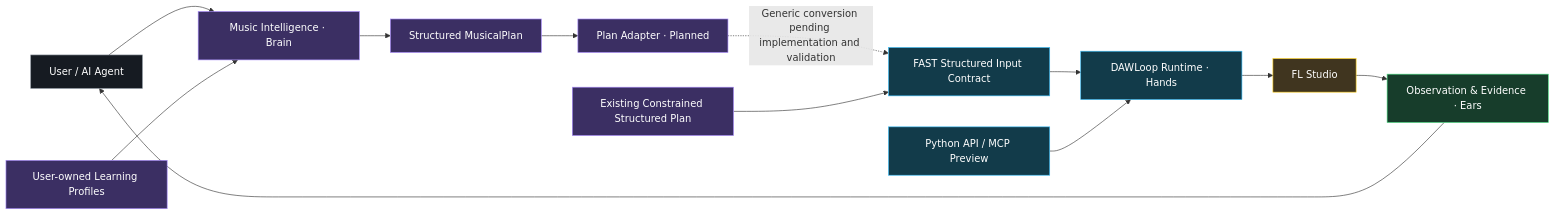
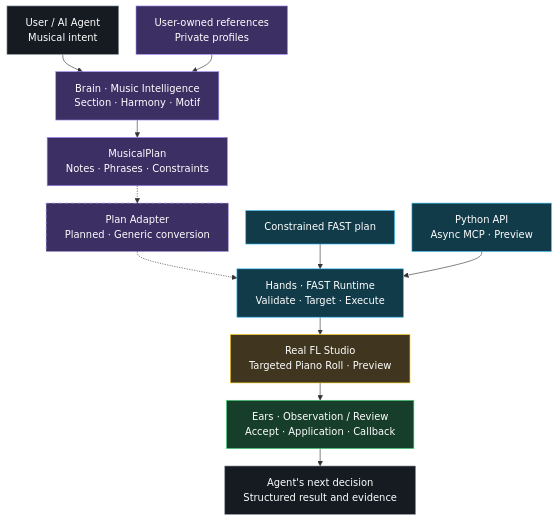
One commit to ryurikoneko/DAWLoop changed the diagram in README.en.md. Above: the diagram before and after it, drawn with Mermaid. The commit also changed other lines of this file and 3 other files, not shown here.

````diff
--- a/README.en.md
+++ b/README.en.md
@@ -15,24 +19,26 @@
 ```mermaid
-flowchart LR
-    A["User / AI Agent"] --> B["Music Intelligence · Brain"]
-    G["User-owned Learning Profiles"] --> B
-    B --> C["Structured MusicalPlan"]
-    C --> P["Plan Adapter · Planned"]
-    P -. "Generic conversion pending implementation and validation" .-> I["FAST Structured Input Contract"]
-    S["Existing Constrained Structured Plan"] --> I
-    I --> D["DAWLoop Runtime · Hands"]
-    H["Python API / MCP Preview"] --> D
-    D --> E["FL Studio"]
-    E --> F["Observation & Evidence · Ears"]
-    F --> A
+%%{init: {"markdownAutoWrap": false, "flowchart": {"nodeSpacing": 28, "rankSpacing": 28, "wrappingWidth": 320}}}%%
+flowchart TB
+    U["User / AI Agent<br/>Musical intent"] --> B["Brain · Music Intelligence<br/>Section · Harmony · Motif"]
+    L["User-owned references<br/>Private profiles"] --> B
+    B --> M["MusicalPlan<br/>Notes · Phrases · Constraints"]
+    M -.-> P["Plan Adapter<br/>Planned · Generic conversion"]
+    P -.-> R["Hands · FAST Runtime<br/>Validate · Target · Execute"]
+    S["Constrained FAST plan"] --> R
+    H["Python API<br/>Async MCP · Preview"] --> R
+    R --> F["Real FL Studio<br/>Targeted Piano Roll · Preview"]
+    F --> O["Ears · Observation / Review<br/>Accept · Application · Callback"]
+    O --> E["Agent's next decision<br/>Structured result and evidence"]
     classDef agent fill:#161b22,stroke:#8b949e,color:#fff;
     classDef music fill:#3b2f63,stroke:#a78bfa,color:#fff;
+    classDef planned fill:#3b2f63,stroke:#a78bfa,color:#fff,stroke-dasharray:5 5;
     classDef runtime fill:#123b4a,stroke:#38bdf8,color:#fff;
     classDef daw fill:#40351f,stroke:#facc15,color:#fff;
     classDef evidence fill:#173d2b,stroke:#4ade80,color:#fff;
-    class A agent;
-    class B,C,G,P,S music;
-    class D,H,I runtime;
-    class E daw;
-    class F evidence;
+    class U,E agent;
+    class B,L,M music;
+    class P planned;
+    class R,S,H runtime;
+    class F daw;
+    class O evidence;
 ```
````
